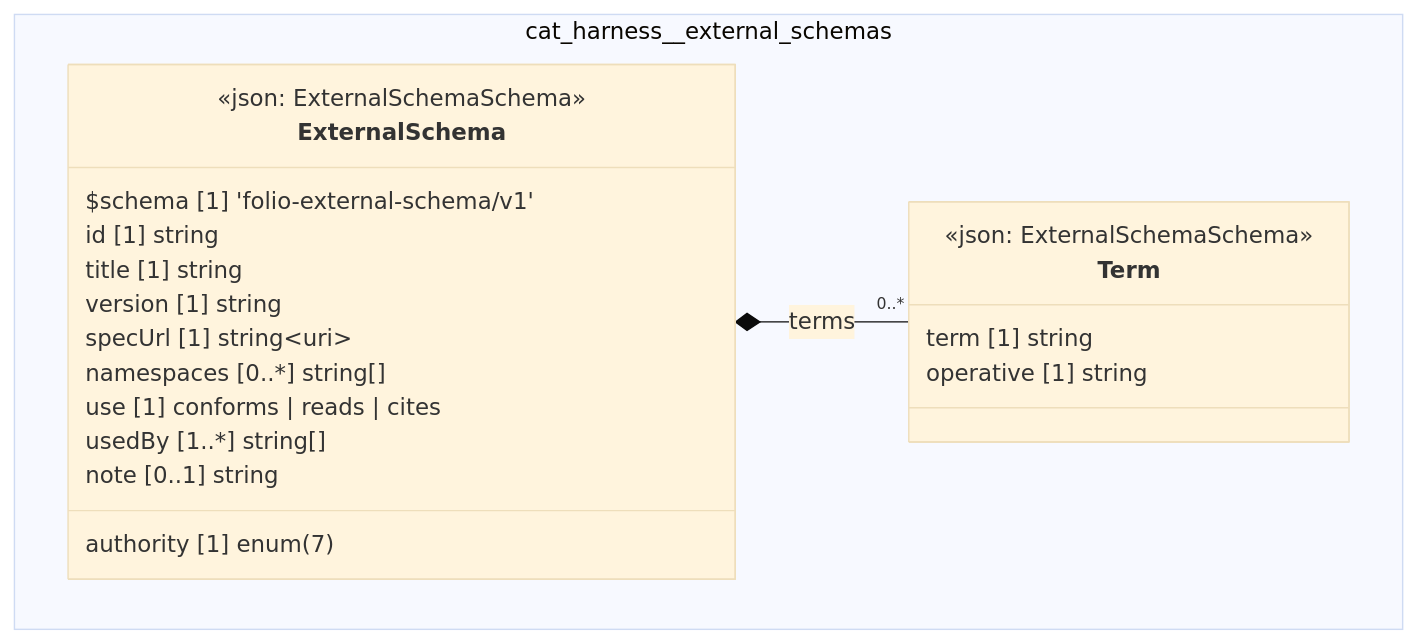
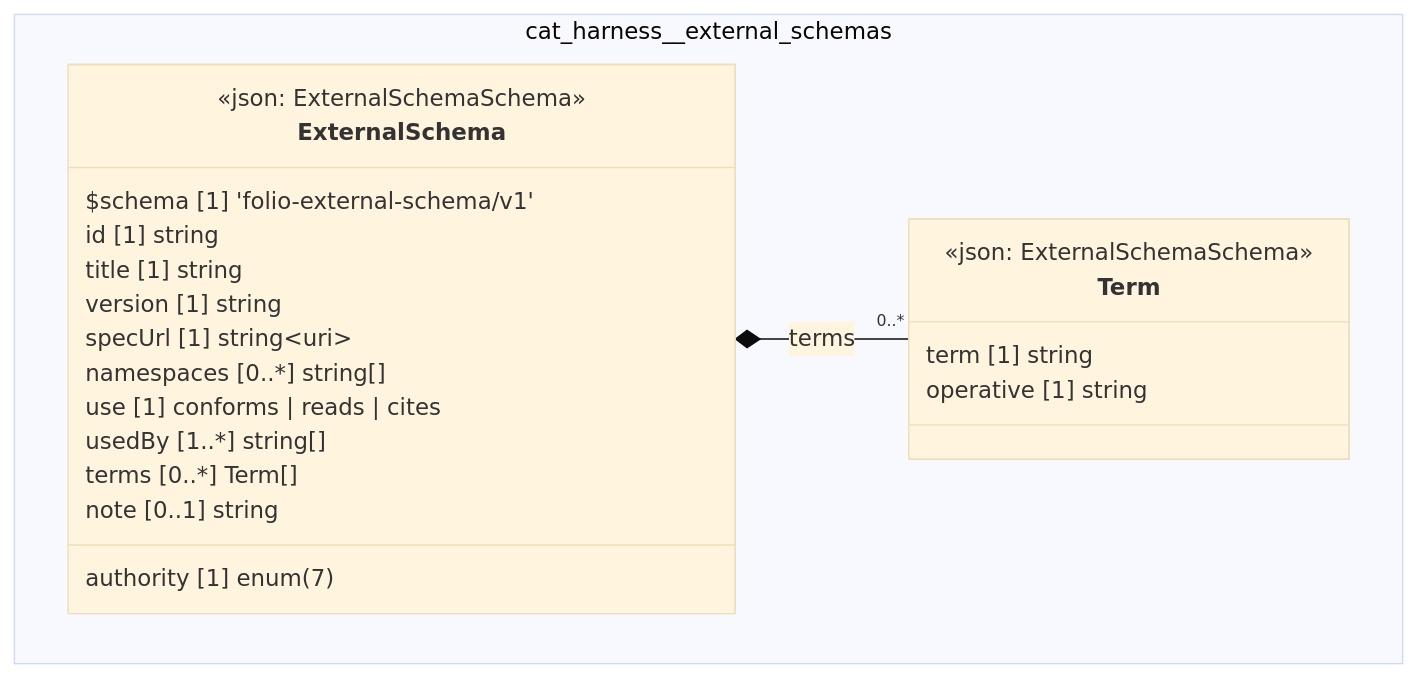
The diagram in cat-harness/docs/uml/overview/cat-harness/external-schemas.md (litlfred/folio-assistant), drawn with Mermaid (base theme) before and after one commit. The commit also changed 181 other files, not shown here.

First line of the commit message:
UML: full object model on the overview page; no empty class boxes

````diff
--- a/cat-harness/docs/uml/overview/cat-harness/external-schemas.md
+++ b/cat-harness/docs/uml/overview/cat-harness/external-schemas.md
@@ -29,27 +29,28 @@
 ```mermaid
 classDiagram
   direction TB
   namespace cat_harness__external_schemas {
     class cat_harness_external_schemas_Term["Term"] {
       <<json: ExternalSchemaSchema>>
       term [1] string
       operative [1] string
     }
     class cat_harness_external_schemas_ExternalSchema["ExternalSchema"] {
       <<json: ExternalSchemaSchema>>
       $schema [1] 'folio-external-schema/v1'
       id [1] string
       authority [1] enum(7)
       title [1] string
       version [1] string
       specUrl [1] string~uri~
       namespaces [0..*] string[]
       use [1] conforms | reads | cites
       usedBy [1..*] string[]
+      terms [0..*] Term[]
       note [0..1] string
     }
   }
   cat_harness_external_schemas_ExternalSchema *-- "0..*" cat_harness_external_schemas_Term : terms
   cssClass "cat_harness_external_schemas_Term" fa_uml_kind_external_schema
   cssClass "cat_harness_external_schemas_ExternalSchema" fa_uml_kind_external_schema
 ```
````
